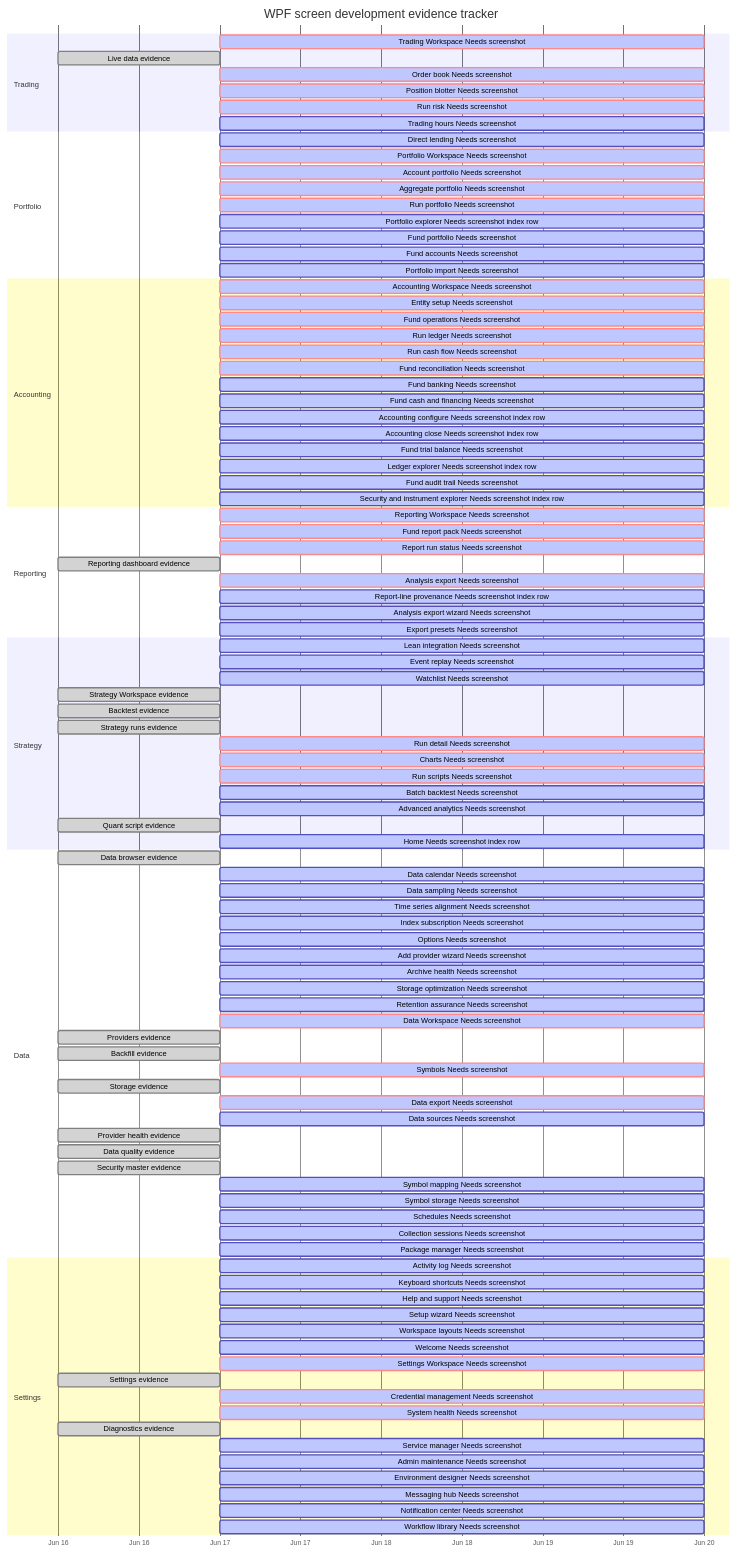
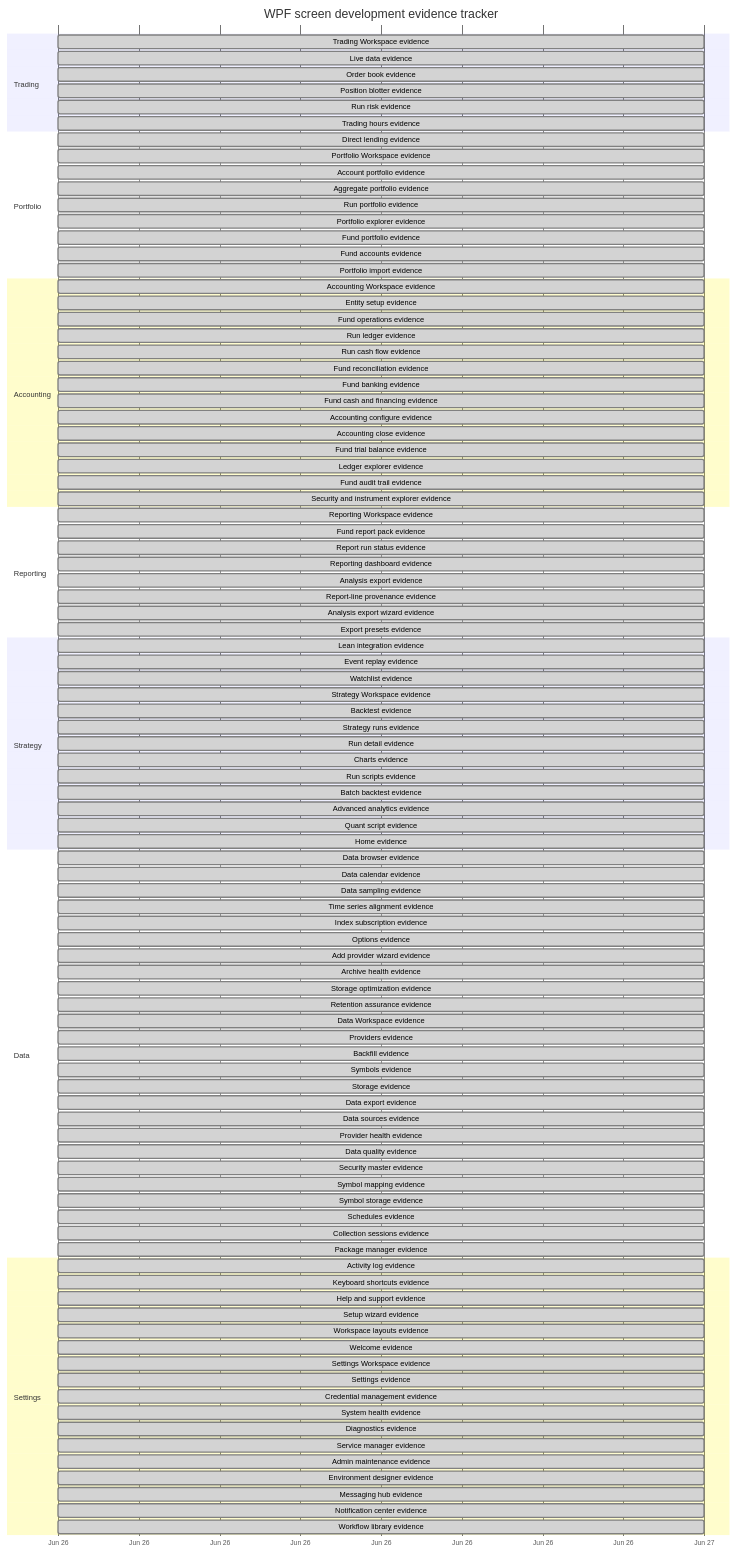
The diagram in docs/status/wpf-screen-development-tracker.md (rodoHasArrived/Meridian-main), drawn with Mermaid before and after one commit. The commit also changed other lines of this file and 133 other files, not shown here.

````diff
--- a/docs/status/wpf-screen-development-tracker.md
+++ b/docs/status/wpf-screen-development-tracker.md
@@ -42,102 +42,102 @@
     dateFormat  YYYY-MM-DD
     axisFormat  %b %d
     section Trading
-    Trading Workspace Needs screenshot :crit, active, trading_tradingshell, 2026-06-17, 3d
-    Live data evidence :done, trading_livedata, 2026-06-16, 1d
-    Order book Needs screenshot :crit, active, trading_orderbook, 2026-06-17, 3d
-    Position blotter Needs screenshot :crit, active, trading_positionblotter, 2026-06-17, 3d
-    Run risk Needs screenshot :crit, active, trading_runrisk, 2026-06-17, 3d
-    Trading hours Needs screenshot :active, trading_tradinghours, 2026-06-17, 3d
+    Trading Workspace evidence :done, trading_tradingshell, 2026-06-26, 1d
+    Live data evidence :done, trading_livedata, 2026-06-26, 1d
+    Order book evidence :done, trading_orderbook, 2026-06-26, 1d
+    Position blotter evidence :done, trading_positionblotter, 2026-06-26, 1d
+    Run risk evidence :done, trading_runrisk, 2026-06-26, 1d
+    Trading hours evidence :done, trading_tradinghours, 2026-06-26, 1d
     section Portfolio
-    Direct lending Needs screenshot :active, portfolio_directlending, 2026-06-17, 3d
-    Portfolio Workspace Needs screenshot :crit, active, portfolio_portfolioshell, 2026-06-17, 3d
-    Account portfolio Needs screenshot :crit, active, portfolio_accountportfolio, 2026-06-17, 3d
-    Aggregate portfolio Needs screenshot :crit, active, portfolio_aggregateportfolio, 2026-06-17, 3d
-    Run portfolio Needs screenshot :crit, active, portfolio_runportfolio, 2026-06-17, 3d
-    Portfolio explorer Needs screenshot index row :active, portfolio_portfolioexplorer, 2026-06-17, 3d
-    Fund portfolio Needs screenshot :active, portfolio_fundportfolio, 2026-06-17, 3d
-    Fund accounts Needs screenshot :active, portfolio_fundaccounts, 2026-06-17, 3d
-    Portfolio import Needs screenshot :active, portfolio_portfolioimport, 2026-06-17, 3d
+    Direct lending evidence :done, portfolio_directlending, 2026-06-26, 1d
+    Portfolio Workspace evidence :done, portfolio_portfolioshell, 2026-06-26, 1d
+    Account portfolio evidence :done, portfolio_accountportfolio, 2026-06-26, 1d
+    Aggregate portfolio evidence :done, portfolio_aggregateportfolio, 2026-06-26, 1d
+    Run portfolio evidence :done, portfolio_runportfolio, 2026-06-26, 1d
+    Portfolio explorer evidence :done, portfolio_portfolioexplorer, 2026-06-26, 1d
+    Fund portfolio evidence :done, portfolio_fundportfolio, 2026-06-26, 1d
+    Fund accounts evidence :done, portfolio_fundaccounts, 2026-06-26, 1d
+    Portfolio import evidence :done, portfolio_portfolioimport, 2026-06-26, 1d
     section Accounting
-    Accounting Workspace Needs screenshot :crit, active, accounting_accountingshell, 2026-06-17, 3d
-    Entity setup Needs screenshot :crit, active, accounting_fundstructuresetup, 2026-06-17, 3d
-    Fund operations Needs screenshot :crit, active, accounting_fundledger, 2026-06-17, 3d
-    Run ledger Needs screenshot :crit, active, accounting_runledger, 2026-06-17, 3d
-    Run cash flow Needs screenshot :crit, active, accounting_runcashflow, 2026-06-17, 3d
-    Fund reconciliation Needs screenshot :crit, active, accounting_fundreconciliation, 2026-06-17, 3d
-    Fund banking Needs screenshot :active, accounting_fundbanking, 2026-06-17, 3d
-    Fund cash and financing Needs screenshot :active, accounting_fundcashfinancing, 2026-06-17, 3d
-    Accounting configure Needs screenshot index row :active, accounting_fundaccountingconfigure, 2026-06-17, 3d
-    Accounting close Needs screenshot index row :active, accounting_fundaccountingclose, 2026-06-17, 3d
-    Fund trial balance Needs screenshot :active, accounting_fundtrialbalance, 2026-06-17, 3d
-    Ledger explorer Needs screenshot index row :active, accounting_ledgerexplorer, 2026-06-17, 3d
-    Fund audit trail Needs screenshot :active, accounting_fundaudittrail, 2026-06-17, 3d
-    Security and instrument explorer Needs screenshot index row :active, accounting_securityinstrumentexplorer, 2026-06-17, 3d
+    Accounting Workspace evidence :done, accounting_accountingshell, 2026-06-26, 1d
+    Entity setup evidence :done, accounting_fundstructuresetup, 2026-06-26, 1d
+    Fund operations evidence :done, accounting_fundledger, 2026-06-26, 1d
+    Run ledger evidence :done, accounting_runledger, 2026-06-26, 1d
+    Run cash flow evidence :done, accounting_runcashflow, 2026-06-26, 1d
+    Fund reconciliation evidence :done, accounting_fundreconciliation, 2026-06-26, 1d
+    Fund banking evidence :done, accounting_fundbanking, 2026-06-26, 1d
+    Fund cash and financing evidence :done, accounting_fundcashfinancing, 2026-06-26, 1d
+    Accounting configure evidence :done, accounting_fundaccountingconfigure, 2026-06-26, 1d
+    Accounting close evidence :done, accounting_fundaccountingclose, 2026-06-26, 1d
+    Fund trial balance evidence :done, accounting_fundtrialbalance, 2026-06-26, 1d
+    Ledger explorer evidence :done, accounting_ledgerexplorer, 2026-06-26, 1d
+    Fund audit trail evidence :done, accounting_fundaudittrail, 2026-06-26, 1d
+    Security and instrument explorer evidence :done, accounting_securityinstrumentexplorer, 2026-06-26, 1d
     section Reporting
-    Reporting Workspace Needs screenshot :crit, active, reporting_reportingshell, 2026-06-17, 3d
-    Fund report pack Needs screenshot :crit, active, reporting_fundreportpack, 2026-06-17, 3d
-    Report run status Needs screenshot :crit, active, reporting_reportrunstatus, 2026-06-17, 3d
-    Reporting dashboard evidence :done, reporting_dashboard, 2026-06-16, 1d
-    Analysis export Needs screenshot :crit, active, reporting_analysisexport, 2026-06-17, 3d
-    Report-line provenance Needs screenshot index row :active, reporting_reportlineprovenanceexplorer, 2026-06-17, 3d
-    Analysis export wizard Needs screenshot :active, reporting_analysisexportwizard, 2026-06-17, 3d
-    Export presets Needs screenshot :active, reporting_exportpresets, 2026-06-17, 3d
+    Reporting Workspace evidence :done, reporting_reportingshell, 2026-06-26, 1d
+    Fund report pack evidence :done, reporting_fundreportpack, 2026-06-26, 1d
+    Report run status evidence :done, reporting_reportrunstatus, 2026-06-26, 1d
+    Reporting dashboard evidence :done, reporting_dashboard, 2026-06-26, 1d
+    Analysis export evidence :done, reporting_analysisexport, 2026-06-26, 1d
+    Report-line provenance evidence :done, reporting_reportlineprovenanceexplorer, 2026-06-26, 1d
+    Analysis export wizard evidence :done, reporting_analysisexportwizard, 2026-06-26, 1d
+    Export presets evidence :done, reporting_exportpresets, 2026-06-26, 1d
     section Strategy
-    Lean integration Needs screenshot :active, strategy_leanintegration, 2026-06-17, 3d
-    Event replay Needs screenshot :active, strategy_eventreplay, 2026-06-17, 3d
-    Watchlist Needs screenshot :active, strategy_watchlist, 2026-06-17, 3d
-    Strategy Workspace evidence :done, strategy_strategyshell, 2026-06-16, 1d
-    Backtest evidence :done, strategy_backtest, 2026-06-16, 1d
-    Strategy runs evidence :done, strategy_strategyruns, 2026-06-16, 1d
-    Run detail Needs screenshot :crit, active, strategy_rundetail, 2026-06-17, 3d
-    Charts Needs screenshot :crit, active, strategy_charts, 2026-06-17, 3d
-    Run scripts Needs screenshot :crit, active, strategy_runmat, 2026-06-17, 3d
-    Batch backtest Needs screenshot :active, strategy_batchbacktest, 2026-06-17, 3d
-    Advanced analytics Needs screenshot :active, strategy_advancedanalytics, 2026-06-17, 3d
-    Quant script evidence :done, strategy_quantscript, 2026-06-16, 1d
-    Home Needs screenshot index row :active, strategy_homeworkspace, 2026-06-17, 3d
+    Lean integration evidence :done, strategy_leanintegration, 2026-06-26, 1d
+    Event replay evidence :done, strategy_eventreplay, 2026-06-26, 1d
+    Watchlist evidence :done, strategy_watchlist, 2026-06-26, 1d
+    Strategy Workspace evidence :done, strategy_strategyshell, 2026-06-26, 1d
+    Backtest evidence :done, strategy_backtest, 2026-06-26, 1d
+    Strategy runs evidence :done, strategy_strategyruns, 2026-06-26, 1d
+    Run detail evidence :done, strategy_rundetail, 2026-06-26, 1d
+    Charts evidence :done, strategy_charts, 2026-06-26, 1d
+    Run scripts evidence :done, strategy_runmat, 2026-06-26, 1d
+    Batch backtest evidence :done, strategy_batchbacktest, 2026-06-26, 1d
+    Advanced analytics evidence :done, strategy_advancedanalytics, 2026-06-26, 1d
+    Quant script evidence :done, strategy_quantscript, 2026-06-26, 1d
+    Home evidence :done, strategy_homeworkspace, 2026-06-26, 1d
     section Data
-    Data browser evidence :done, data_databrowser, 2026-06-16, 1d
-    Data calendar Needs screenshot :active, data_datacalendar, 2026-06-17, 3d
-    Data sampling Needs screenshot :active, data_datasampling, 2026-06-17, 3d
-    Time series alignment Needs screenshot :active, data_timeseriesalignment, 2026-06-17, 3d
-    Index subscription Needs screenshot :active, data_indexsubscription, 2026-06-17, 3d
-    Options Needs screenshot :active, data_options, 2026-06-17, 3d
-    Add provider wizard Needs screenshot :active, data_addproviderwizard, 2026-06-17, 3d
-    Archive health Needs screenshot :active, data_archivehealth, 2026-06-17, 3d
-    Storage optimization Needs screenshot :active, data_storageoptimization, 2026-06-17, 3d
-    Retention assurance Needs screenshot :active, data_retentionassurance, 2026-06-17, 3d
-    Data Workspace Needs screenshot :crit, active, data_datashell, 2026-06-17, 3d
-    Providers evidence :done, data_provider, 2026-06-16, 1d
-    Backfill evidence :done, data_backfill, 2026-06-16, 1d
-    Symbols Needs screenshot :crit, active, data_symbols, 2026-06-17, 3d
-    Storage evidence :done, data_storage, 2026-06-16, 1d
-    Data export Needs screenshot :crit, active, data_dataexport, 2026-06-17, 3d
-    Data sources Needs screenshot :active, data_datasources, 2026-06-17, 3d
-    Provider health evidence :done, data_providerhealth, 2026-06-16, 1d
-    Data quality evidence :done, data_dataquality, 2026-06-16, 1d
-    Security master evidence :done, data_securitymaster, 2026-06-16, 1d
-    Symbol mapping Needs screenshot :active, data_symbolmapping, 2026-06-17, 3d
-    Symbol storage Needs screenshot :active, data_symbolstorage, 2026-06-17, 3d
-    Schedules Needs screenshot :active, data_schedules, 2026-06-17, 3d
-    Collection sessions Needs screenshot :active, data_collectionsessions, 2026-06-17, 3d
-    Package manager Needs screenshot :active, data_packagemanager, 2026-06-17, 3d
+    Data browser evidence :done, data_databrowser, 2026-06-26, 1d
+    Data calendar evidence :done, data_datacalendar, 2026-06-26, 1d
+    Data sampling evidence :done, data_datasampling, 2026-06-26, 1d
+    Time series alignment evidence :done, data_timeseriesalignment, 2026-06-26, 1d
+    Index subscription evidence :done, data_indexsubscription, 2026-06-26, 1d
+    Options evidence :done, data_options, 2026-06-26, 1d
+    Add provider wizard evidence :done, data_addproviderwizard, 2026-06-26, 1d
+    Archive health evidence :done, data_archivehealth, 2026-06-26, 1d
+    Storage optimization evidence :done, data_storageoptimization, 2026-06-26, 1d
+    Retention assurance evidence :done, data_retentionassurance, 2026-06-26, 1d
+    Data Workspace evidence :done, data_datashell, 2026-06-26, 1d
+    Providers evidence :done, data_provider, 2026-06-26, 1d
+    Backfill evidence :done, data_backfill, 2026-06-26, 1d
+    Symbols evidence :done, data_symbols, 2026-06-26, 1d
+    Storage evidence :done, data_storage, 2026-06-26, 1d
+    Data export evidence :done, data_dataexport, 2026-06-26, 1d
+    Data sources evidence :done, data_datasources, 2026-06-26, 1d
+    Provider health evidence :done, data_providerhealth, 2026-06-26, 1d
+    Data quality evidence :done, data_dataquality, 2026-06-26, 1d
+    Security master evidence :done, data_securitymaster, 2026-06-26, 1d
+    Symbol mapping evidence :done, data_symbolmapping, 2026-06-26, 1d
+    Symbol storage evidence :done, data_symbolstorage, 2026-06-26, 1d
+    Schedules evidence :done, data_schedules, 2026-06-26, 1d
+    Collection sessions evidence :done, data_collectionsessions, 2026-06-26, 1d
+    Package manager evidence :done, data_packagemanager, 2026-06-26, 1d
     section Settings
-    Activity log Needs screenshot :active, settings_activitylog, 2026-06-17, 3d
-    Keyboard shortcuts Needs screenshot :active, settings_keyboardshortcuts, 2026-06-17, 3d
-    Help and support Needs screenshot :active, settings_help, 2026-06-17, 3d
-    Setup wizard Needs screenshot :active, settings_setupwizard, 2026-06-17, 3d
-    Workspace layouts Needs screenshot :active, settings_workspaces, 2026-06-17, 3d
-    Welcome Needs screenshot :active, settings_welcome, 2026-06-17, 3d
-    Settings Workspace Needs screenshot :crit, active, settings_settingsshell, 2026-06-17, 3d
-    Settings evidence :done, settings_settings, 2026-06-16, 1d
-    Credential management Needs screenshot :crit, active, settings_credentialmanagement, 2026-06-17, 3d
-    System health Needs screenshot :crit, active, settings_systemhealth, 2026-06-17, 3d
-    Diagnostics evidence :done, settings_diagnostics, 2026-06-16, 1d
-    Service manager Needs screenshot :active, settings_servicemanager, 2026-06-17, 3d
-    Admin maintenance Needs screenshot :active, settings_adminmaintenance, 2026-06-17, 3d
-    Environment designer Needs screenshot :active, settings_environmentdesigner, 2026-06-17, 3d
-    Messaging hub Needs screenshot :active, settings_messaginghub, 2026-06-17, 3d
-    Notification center Needs screenshot :active, settings_notificationcenter, 2026-06-17, 3d
-    Workflow library Needs screenshot :active, settings_workflowlibrary, 2026-06-17, 3d
+    Activity log evidence :done, settings_activitylog, 2026-06-26, 1d
+    Keyboard shortcuts evidence :done, settings_keyboardshortcuts, 2026-06-26, 1d
+    Help and support evidence :done, settings_help, 2026-06-26, 1d
+    Setup wizard evidence :done, settings_setupwizard, 2026-06-26, 1d
+    Workspace layouts evidence :done, settings_workspaces, 2026-06-26, 1d
+    Welcome evidence :done, settings_welcome, 2026-06-26, 1d
+    Settings Workspace evidence :done, settings_settingsshell, 2026-06-26, 1d
+    Settings evidence :done, settings_settings, 2026-06-26, 1d
+    Credential management evidence :done, settings_credentialmanagement, 2026-06-26, 1d
+    System health evidence :done, settings_systemhealth, 2026-06-26, 1d
+    Diagnostics evidence :done, settings_diagnostics, 2026-06-26, 1d
+    Service manager evidence :done, settings_servicemanager, 2026-06-26, 1d
+    Admin maintenance evidence :done, settings_adminmaintenance, 2026-06-26, 1d
+    Environment designer evidence :done, settings_environmentdesigner, 2026-06-26, 1d
+    Messaging hub evidence :done, settings_messaginghub, 2026-06-26, 1d
+    Notification center evidence :done, settings_notificationcenter, 2026-06-26, 1d
+    Workflow library evidence :done, settings_workflowlibrary, 2026-06-26, 1d
 ```
````
